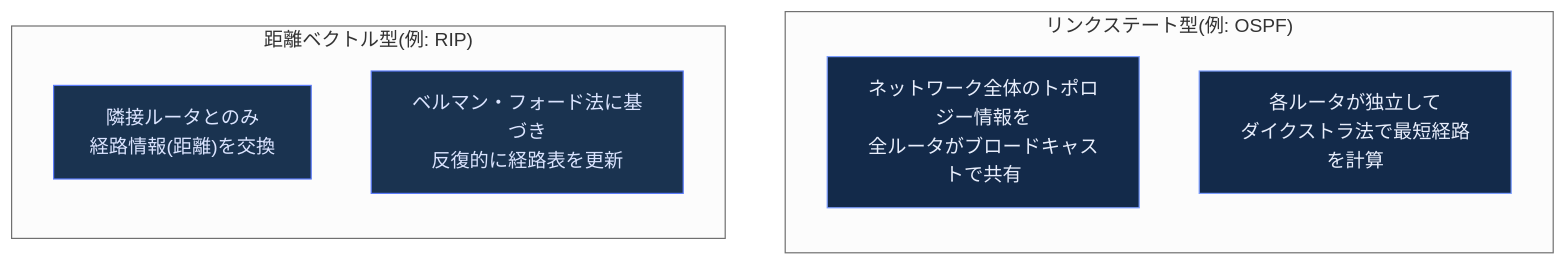
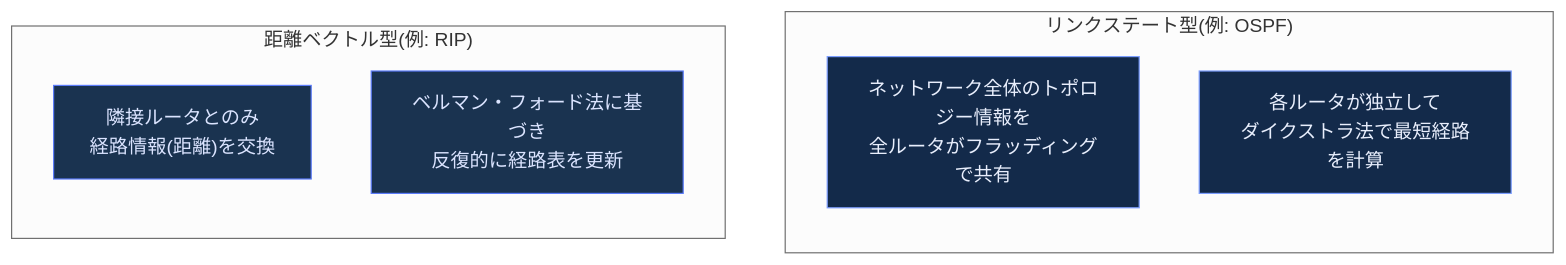
One commit to myoshi2891/Cloud-Infrastructure-Studies changed diagram 22 of 41 in Computer-networking-topdown-guide.md. Above: the diagram before and after it, drawn with Mermaid (neutral theme). The commit also changed other lines of this file, not shown here.

````diff
--- a/Computer-networking-topdown-guide.md
+++ b/Computer-networking-topdown-guide.md
@@ -641,18 +642,18 @@
 ```mermaid
 flowchart TB
     subgraph LS["リンクステート型(例: OSPF)"]
         direction TB
-        LS1["ネットワーク全体のトポロジー情報を<br/>全ルータがブロードキャストで共有"]
+        LS1["ネットワーク全体のトポロジー情報を<br/>全ルータがフラッディングで共有"]
         LS2["各ルータが独立して<br/>ダイクストラ法で最短経路を計算"]
     end
     subgraph DV["距離ベクトル型(例: RIP)"]
         direction TB
         DV1["隣接ルータとのみ<br/>経路情報(距離)を交換"]
         DV2["ベルマン・フォード法に基づき<br/>反復的に経路表を更新"]
     end
 
     classDef lsFill fill:#132a4a,stroke:#7c9eff,color:#e8eefc
     classDef dvFill fill:#1a3350,stroke:#5c7cfa,color:#dbe4ff
     class LS1,LS2 lsFill
     class DV1,DV2 dvFill
 ```
````
